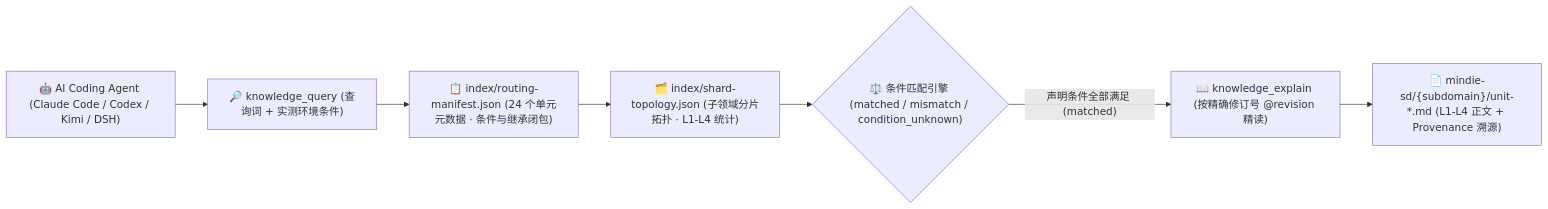
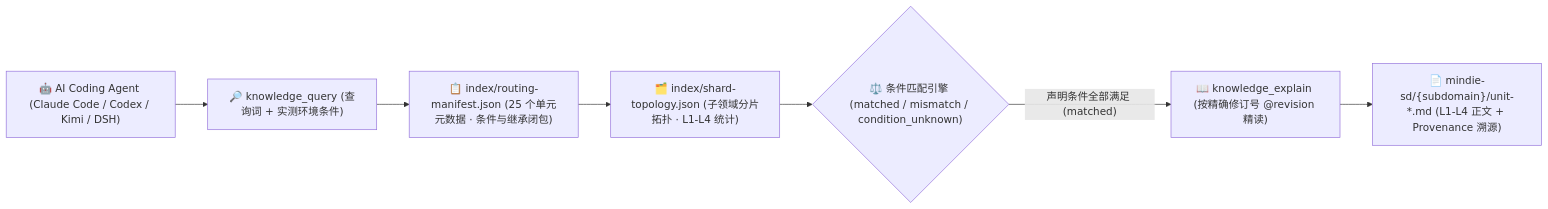
Before and after one commit to mindie-agent/knowledge-mindie-sd: the diagram in README.md, drawn with Mermaid. The commit also changed other lines of this file and 4 other files, not shown here.

````diff
--- a/README.md
+++ b/README.md
@@ -106,13 +122,13 @@
 ```mermaid
 flowchart LR
   Agent["🤖 AI Coding Agent (Claude Code / Codex / Kimi / DSH)"]
   Query["🔎 knowledge_query (查询词 + 实测环境条件)"]
-  Manifest["📋 index/routing-manifest.json (24 个单元元数据 · 条件与继承闭包)"]
+  Manifest["📋 index/routing-manifest.json (25 个单元元数据 · 条件与继承闭包)"]
   Topology["🗂️ index/shard-topology.json (子领域分片拓扑 · L1-L4 统计)"]
   Match{"⚖️ 条件匹配引擎 (matched / mismatch / condition_unknown)"}
   Explain["📖 knowledge_explain (按精确修订号 @revision 精读)"]
   Units["📄 mindie-sd/{subdomain}/unit-*.md (L1-L4 正文 + Provenance 溯源)"]
 
   Agent --> Query --> Manifest --> Topology --> Match
   Match -- "声明条件全部满足 (matched)" --> Explain --> Units
 ```
````
